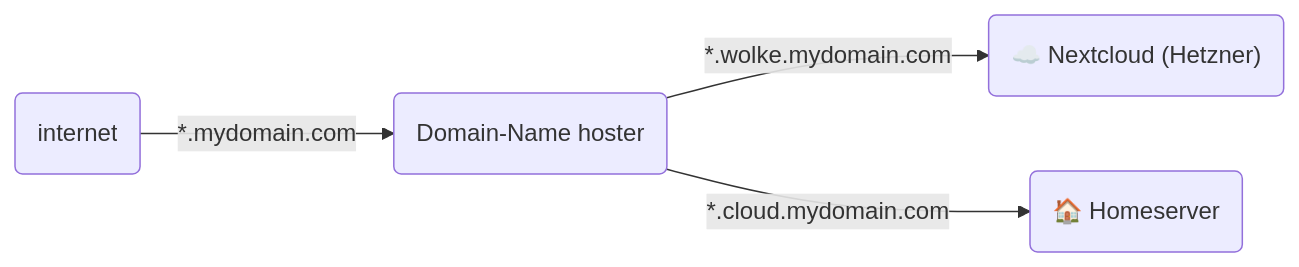
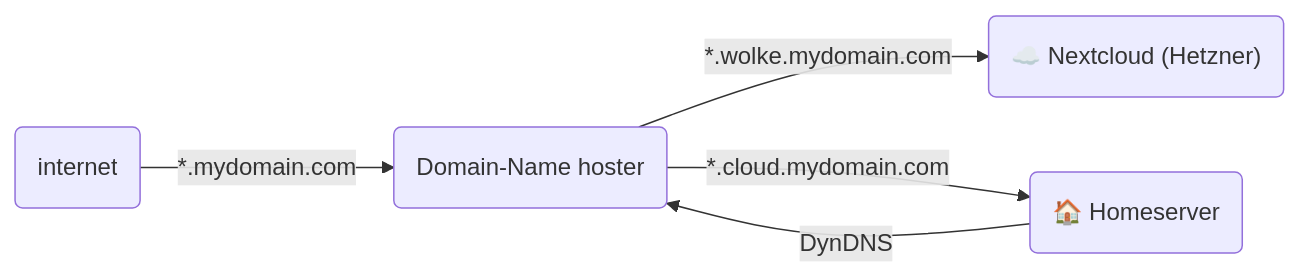
The first of 5 diagrams in presentation/slides.md (draptik/2025-selfhosting), drawn with Mermaid before and after one commit. The commit also changed other lines of this file, not shown here.

Commit message:
💄 chore: improve network overview diagram

````diff
--- a/presentation/slides.md
+++ b/presentation/slides.md
@@ -97,12 +97,13 @@
 ```mermaid
 flowchart LR
 
   cloud("internet")
   hoster("Domain-Name hoster")
   hetzner("☁️ Nextcloud (Hetzner)")
   homeserver("🏠 Homeserver")
 
   cloud -- *.mydomain.com --> hoster
   hoster -- *.wolke.mydomain.com --> hetzner
   hoster -- *.cloud.mydomain.com --> homeserver
+  homeserver -- DynDNS --> hoster
 ```
````
